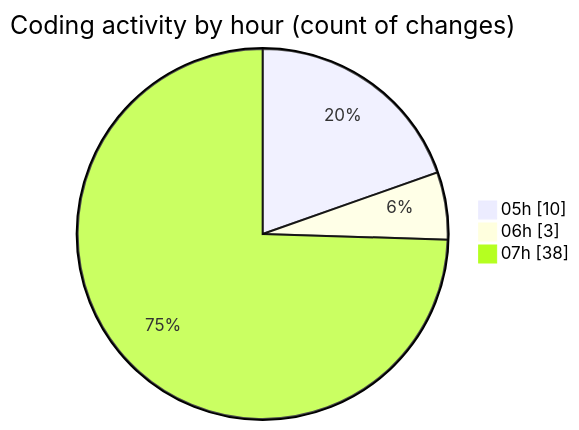
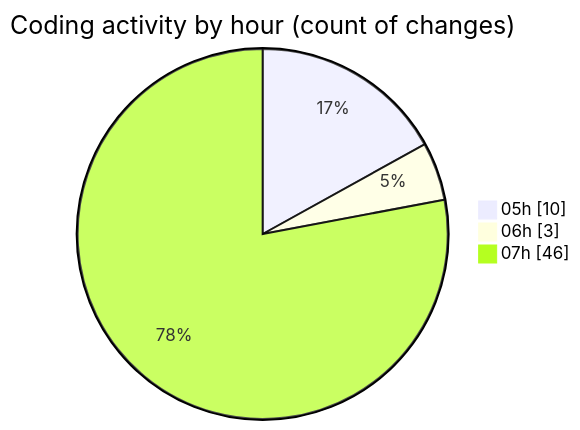
Before and after one commit to vahidmafi/code-tracking: the second of 2 diagrams in 2025-09-06/shop/README.md, drawn with Mermaid. The commit also changed other lines of this file and 1 other file, not shown here.

````diff
--- a/2025-09-06/shop/README.md
+++ b/2025-09-06/shop/README.md
@@ -39,7 +40,7 @@
 ```mermaid
 pie showData
 title Coding activity by hour (count of changes)
 "05h" : 10
 "06h" : 3
-"07h" : 38
+"07h" : 46
 ```
````
